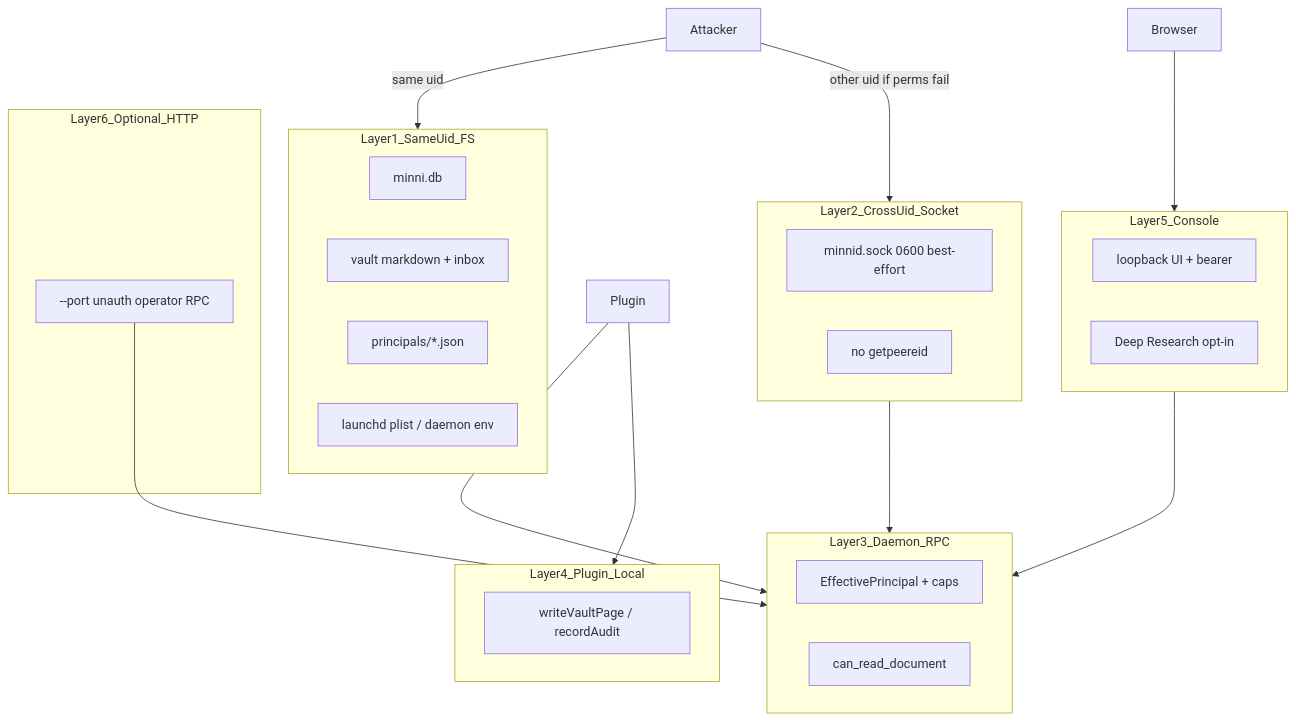
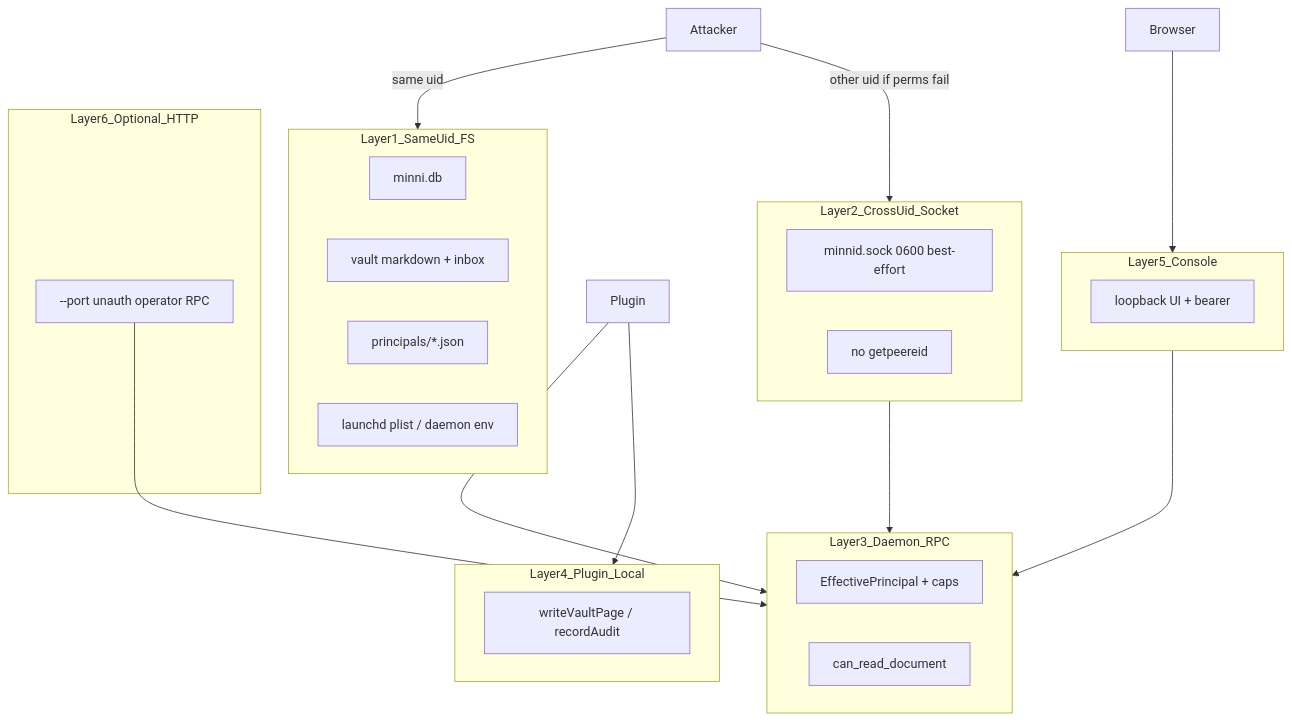
One commit to infektyd/minni changed the diagram in docs/contracts/THREAT_MODEL.md. Above: the diagram before and after it, drawn with Mermaid. The commit also changed other lines of this file and 26 other files, not shown here.

Commit message:
chore(release): bump version to 0.6.0 and synchronize documentation with shipped architecture

````diff
--- a/docs/contracts/THREAT_MODEL.md
+++ b/docs/contracts/THREAT_MODEL.md
@@ -56,35 +56,34 @@
 ```mermaid
 flowchart TB
   subgraph layer1 [Layer1_SameUid_FS]
     DB["minni.db"]
     Vault["vault markdown + inbox"]
     Principals["principals/*.json"]
     Launchd["launchd plist / daemon env"]
   end
   subgraph layer2 [Layer2_CrossUid_Socket]
     Sock["minnid.sock 0600 best-effort"]
     NoPeer["no getpeereid"]
   end
   subgraph layer3 [Layer3_Daemon_RPC]
     EP["EffectivePrincipal + caps"]
     CRD["can_read_document"]
   end
   subgraph layer4 [Layer4_Plugin_Local]
     WVP["writeVaultPage / recordAudit"]
   end
   subgraph layer5 [Layer5_Console]
     UI["loopback UI + bearer"]
-    DR["Deep Research opt-in"]
   end
   subgraph layer6 [Layer6_Optional_HTTP]
     HTTP["--port unauth operator RPC"]
   end
   Attacker -->|same uid| layer1
   Attacker -->|other uid if perms fail| layer2
   layer2 --> layer3
   Plugin --> layer3
   Plugin --> layer4
   Browser --> layer5
   layer5 --> layer3
   HTTP --> layer3
 ```
````
